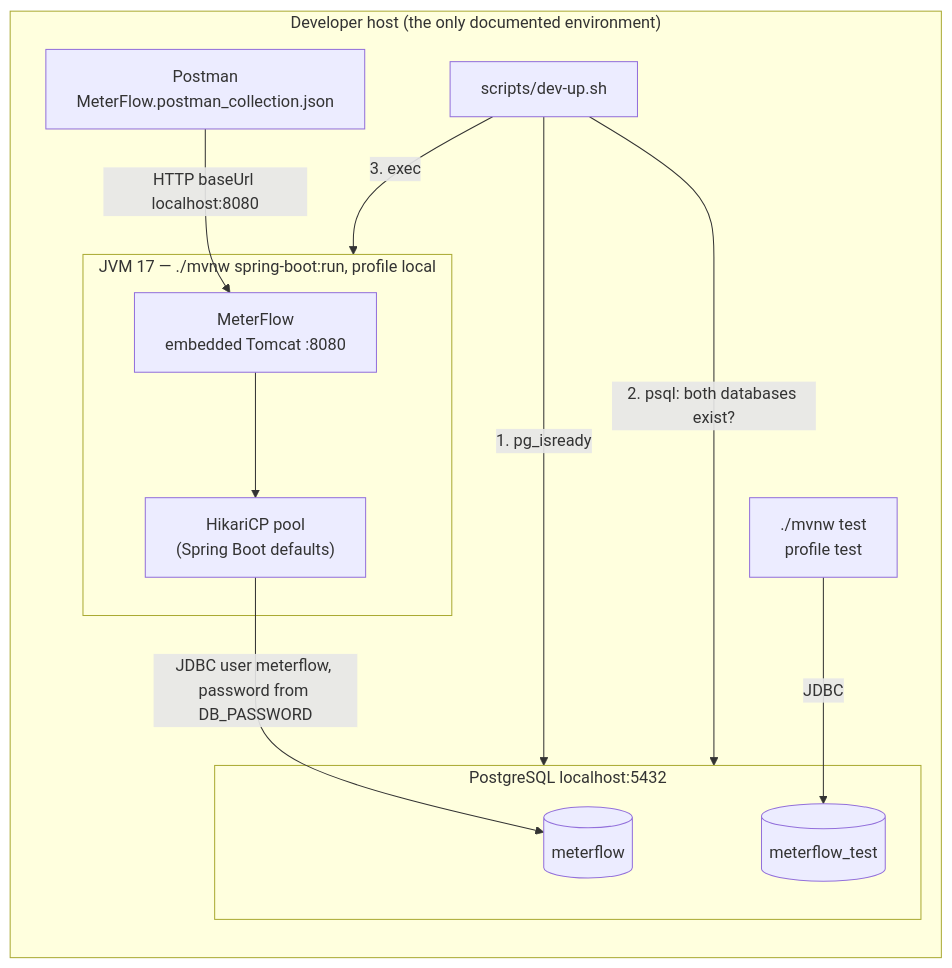
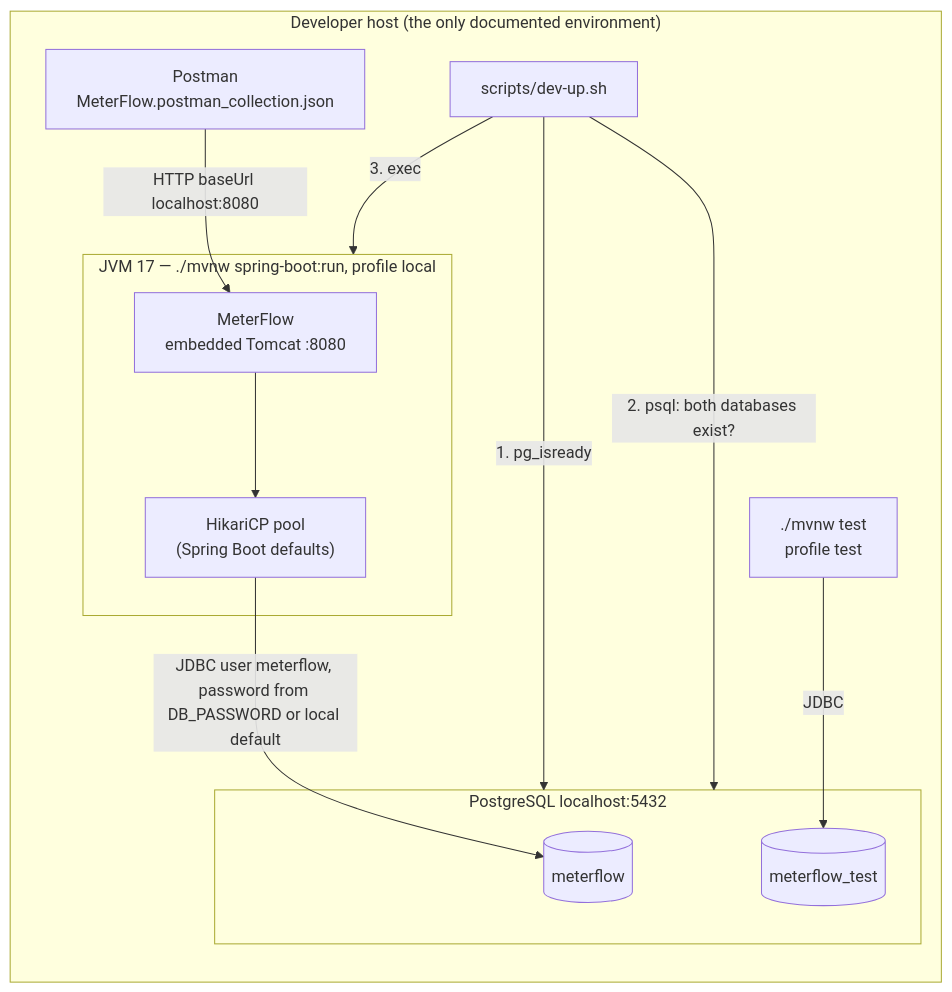
One commit to Amr-al/MeterFlow changed the first of 2 diagrams in docs/architecture/deployment-architecture.md. Above: the diagram before and after it, drawn with Mermaid. The commit also changed other lines of this file and 11 other files, not shown here.

First line of the commit message:
docs: document completed M3 metering authorization flow

````diff
--- a/docs/architecture/deployment-architecture.md
+++ b/docs/architecture/deployment-architecture.md
@@ -37,25 +37,25 @@
 ```mermaid
 flowchart LR
     subgraph devhost["Developer host (the only documented environment)"]
         direction TB
         script["scripts/dev-up.sh"]
         subgraph jvm["JVM 17 — ./mvnw spring-boot:run, profile local"]
             app["MeterFlow<br/>embedded Tomcat :8080"]
             hikari["HikariCP pool<br/>(Spring Boot defaults)"]
         end
         subgraph pg["PostgreSQL localhost:5432"]
             dbmain[("meterflow")]
             dbtest[("meterflow_test")]
         end
         mvntest["./mvnw test<br/>profile test"]
         postman["Postman<br/>MeterFlow.postman_collection.json"]
     end
 
     script -->|1. pg_isready| pg
     script -->|2. psql: both databases exist?| pg
     script -->|3. exec| jvm
     app --> hikari
-    hikari -->|JDBC user meterflow, password from DB_PASSWORD| dbmain
+    hikari -->|JDBC user meterflow, password from DB_PASSWORD or local default| dbmain
     mvntest -->|JDBC| dbtest
     postman -->|HTTP baseUrl localhost:8080| app
 ```
````
